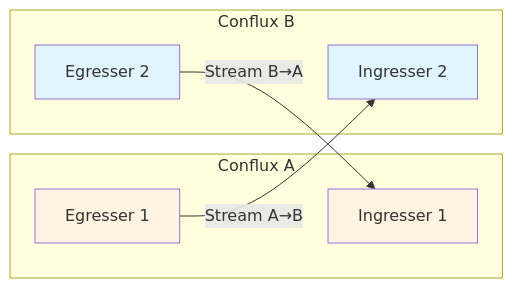
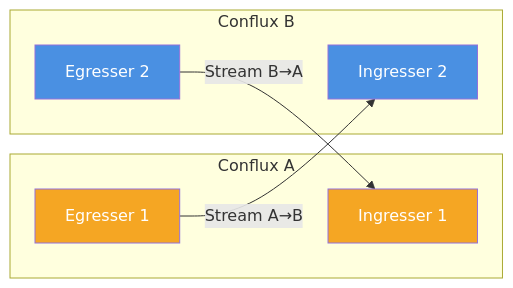
Before and after one commit to wjs-529/conflux: the fourth of 6 diagrams in README.md, drawn with Mermaid. The commit also changed other lines of this file, not shown here.

````diff
--- a/README.md
+++ b/README.md
@@ -163,20 +163,20 @@
 ```mermaid
 graph LR
     subgraph "Conflux A"
         EGR1[Egresser 1]
         ING1[Ingresser 1]
     end
     
     subgraph "Conflux B"
         EGR2[Egresser 2]
         ING2[Ingresser 2]
     end
     
     EGR1 -->|Stream A→B| ING2
     EGR2 -->|Stream B→A| ING1
     
-    style EGR1 fill:#fff4e1
-    style ING1 fill:#fff4e1
-    style EGR2 fill:#e1f5ff
-    style ING2 fill:#e1f5ff
+    style EGR1 fill:#f5a623,color:#fff
+    style ING1 fill:#f5a623,color:#fff
+    style EGR2 fill:#4a90e2,color:#fff
+    style ING2 fill:#4a90e2,color:#fff
 ```
````
